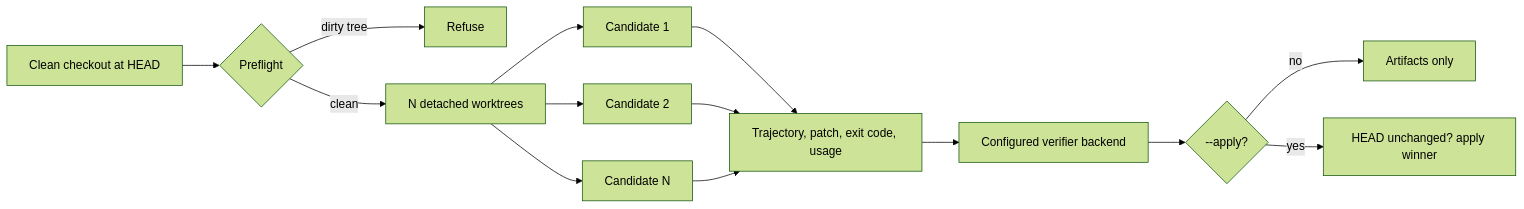
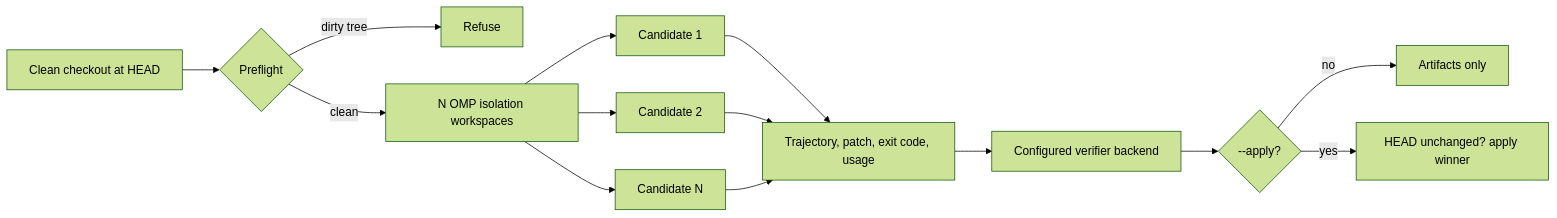
One commit to wolfiesch/omp-best-of changed the diagram in README.md. Above: the diagram before and after it, drawn with Mermaid (forest theme). The commit also changed other lines of this file and 5 other files, not shown here.

First line of the commit message:
feat: use OMP candidate isolation (#3)

````diff
--- a/README.md
+++ b/README.md
@@ -20,16 +20,16 @@
 ```mermaid
 flowchart LR
     A[Clean checkout at HEAD] --> B{Preflight}
     B -->|dirty tree| X[Refuse]
-    B -->|clean| C[N detached worktrees]
+    B -->|clean| C[N OMP isolation workspaces]
     C --> D1[Candidate 1]
     C --> D2[Candidate 2]
     C --> D3[Candidate N]
     D1 --> E[Trajectory, patch, exit code, usage]
     D2 --> E
     D3 --> E
     E --> F[Configured verifier backend]
     F --> G{--apply?}
     G -->|no| H[Artifacts only]
     G -->|yes| I[HEAD unchanged? apply winner]
 ```
````
